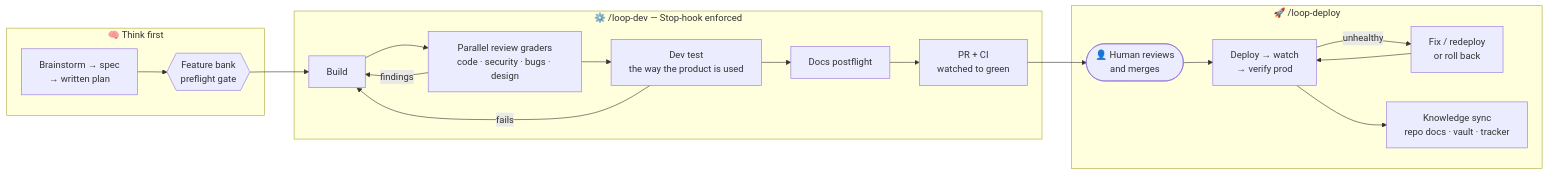
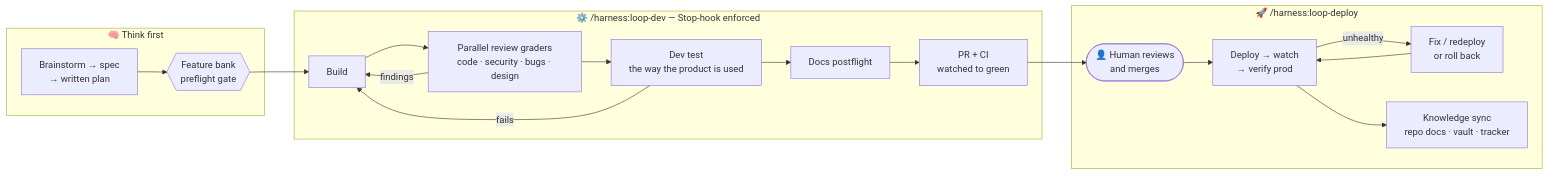
One commit to SilviaAre95/wayworks changed the diagram in README.md. Above: the diagram before and after it, drawn with Mermaid. The commit also changed other lines of this file and 8 other files, not shown here.

````diff
--- a/README.md
+++ b/README.md
@@ -33,17 +33,17 @@
 ```mermaid
 flowchart LR
     subgraph front["🧠 Think first"]
         A[Brainstorm → spec<br/>→ written plan] --> B{{Feature bank<br/>preflight gate}}
     end
-    subgraph loop["⚙️ /loop-dev — Stop-hook enforced"]
+    subgraph loop["⚙️ /harness:loop-dev — Stop-hook enforced"]
         B --> C[Build] --> D[Parallel review graders<br/>code · security · bugs · design]
         D -->|findings| C
         D --> E[Dev test<br/>the way the product is used] -->|fails| C
         E --> F[Docs postflight] --> G[PR + CI<br/>watched to green]
     end
     G --> H([👤 Human reviews<br/>and merges])
-    subgraph ship["🚀 /loop-deploy"]
+    subgraph ship["🚀 /harness:loop-deploy"]
         H --> I[Deploy → watch<br/>→ verify prod] -->|unhealthy| J[Fix / redeploy<br/>or roll back] --> I
         I --> K[Knowledge sync<br/>repo docs · vault · tracker]
     end
 ```
````
